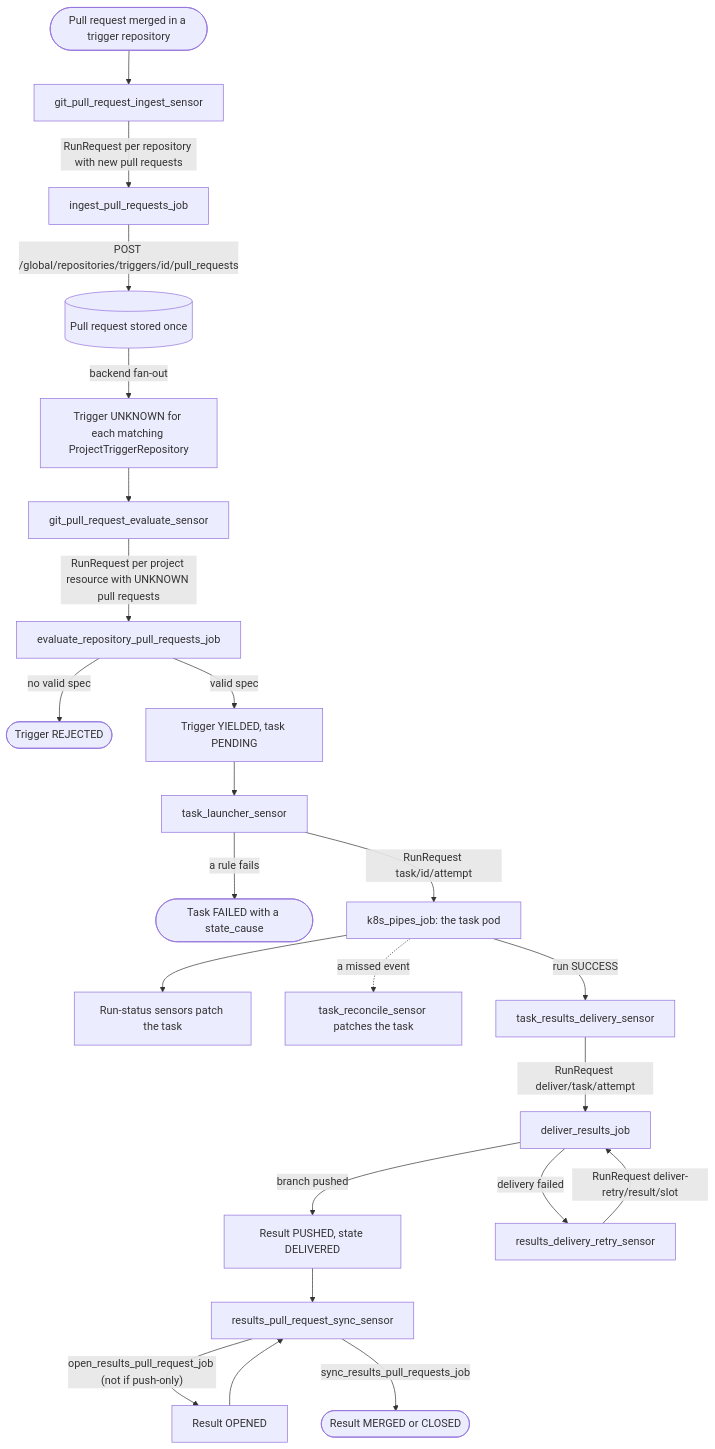
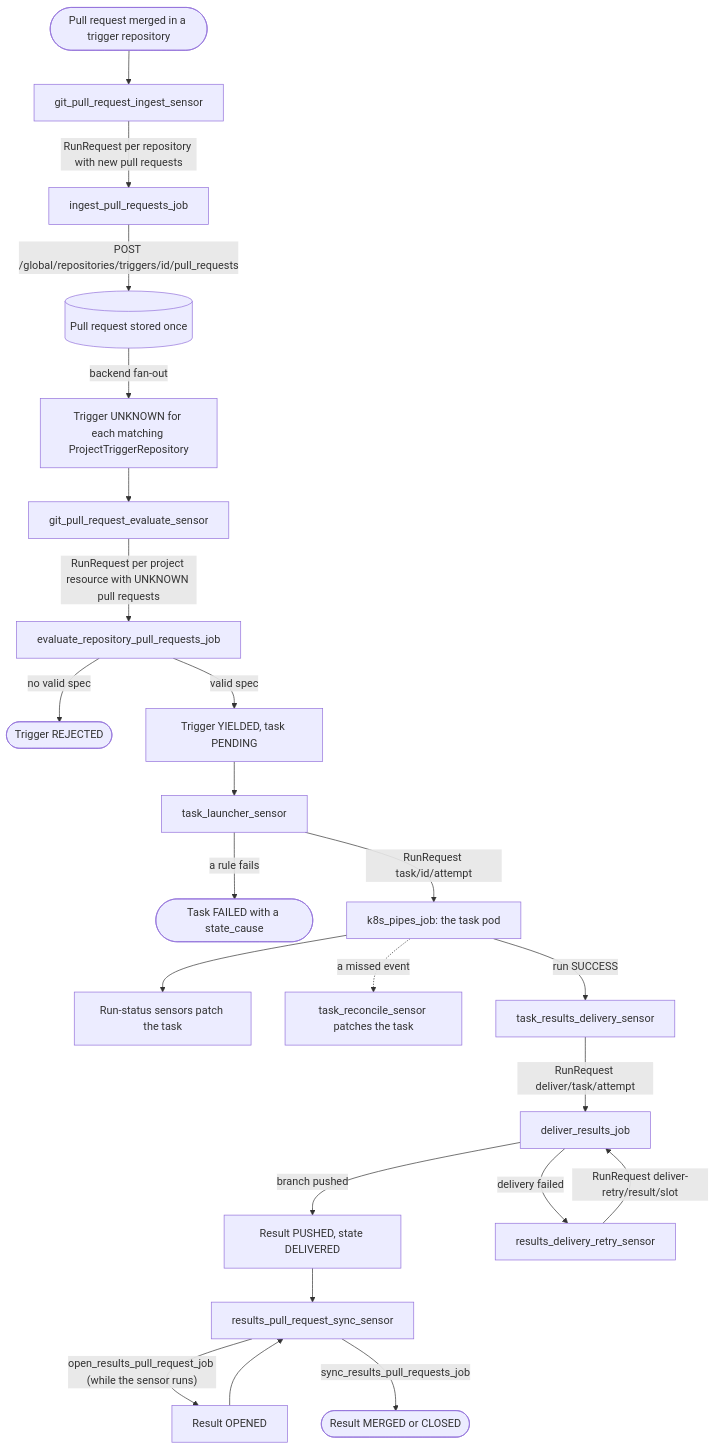
One commit to Aridhia-Open-Source/PHEMS_federated_node changed the diagram in docs/architecture/sensors/README.md. Above: the diagram before and after it, drawn with Mermaid. The commit also changed 33 other files, not shown here.

First line of the commit message:
Remove the per-project open_pull_requests flag: push-only is the node's, by stopping the results PR sensor

````diff
--- a/docs/architecture/sensors/README.md
+++ b/docs/architecture/sensors/README.md
@@ -28,25 +28,25 @@
 ```mermaid
 flowchart TD
     A([Pull request merged in a trigger repository]) --> B["git_pull_request_ingest_sensor"]
     B -->|"RunRequest per repository with new pull requests"| C["ingest_pull_requests_job"]
     C -->|"POST /global/repositories/triggers/id/pull_requests"| D[("Pull request stored once")]
     D -->|"backend fan-out"| E["Trigger UNKNOWN for each matching ProjectTriggerRepository"]
     E --> F["git_pull_request_evaluate_sensor"]
     F -->|"RunRequest per project resource with UNKNOWN pull requests"| G["evaluate_repository_pull_requests_job"]
     G -->|"no valid spec"| H(["Trigger REJECTED"])
     G -->|"valid spec"| I["Trigger YIELDED, task PENDING"]
     I --> J["task_launcher_sensor"]
     J -->|"a rule fails"| L(["Task FAILED with a state_cause"])
     J -->|"RunRequest task/id/attempt"| K["k8s_pipes_job: the task pod"]
     K --> M["Run-status sensors patch the task"]
     K -.->|"a missed event"| T["task_reconcile_sensor patches the task"]
     K -->|"run SUCCESS"| N["task_results_delivery_sensor"]
     N -->|"RunRequest deliver/task/attempt"| O["deliver_results_job"]
     O -->|"branch pushed"| P["Result PUSHED, state DELIVERED"]
     O -->|"delivery failed"| Q["results_delivery_retry_sensor"]
     Q -->|"RunRequest deliver-retry/result/slot"| O
     P --> R["results_pull_request_sync_sensor"]
-    R -->|"open_results_pull_request_job (not if push-only)"| U["Result OPENED"]
+    R -->|"open_results_pull_request_job (while the sensor runs)"| U["Result OPENED"]
     U --> R
     R -->|"sync_results_pull_requests_job"| S(["Result MERGED or CLOSED"])
 ```
````
